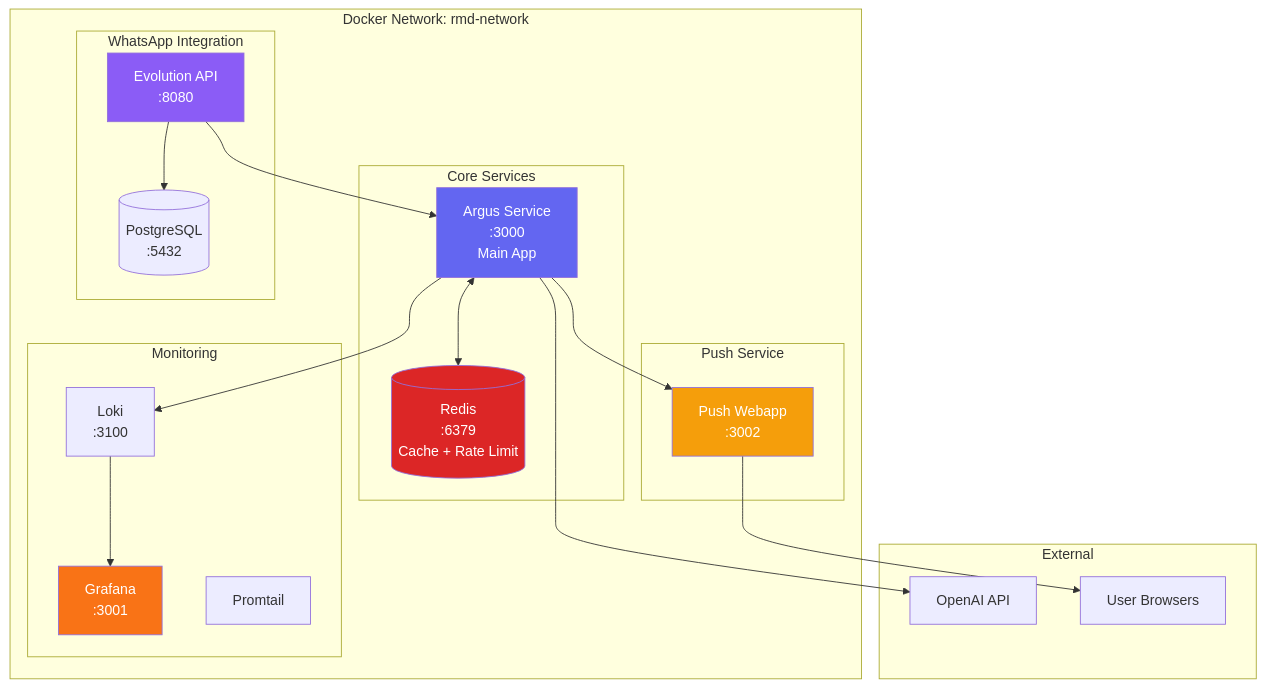
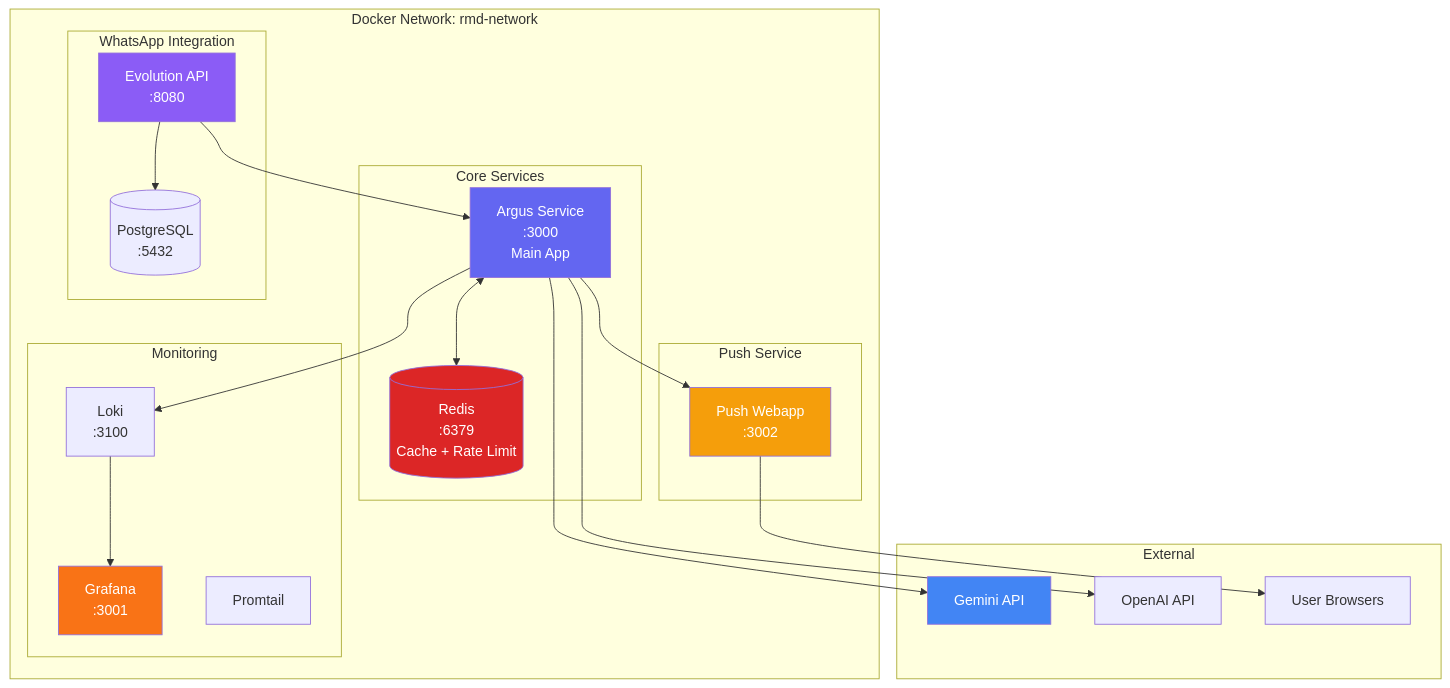
One commit to nityam2007/whatsapp-chat-rmd changed the eighth of 10 diagrams in docs/ARCHITECTURE.md. Above: the diagram before and after it, drawn with Mermaid. The commit also changed other lines of this file and 3 other files, not shown here.

Commit message:
docs: update architecture docs to reflect Gemini 3 Flash upgrade

````diff
--- a/docs/ARCHITECTURE.md
+++ b/docs/ARCHITECTURE.md
@@ -518,44 +522,47 @@
 ```mermaid
 graph TB
     subgraph "Docker Network: rmd-network"
         subgraph "Core Services"
             ARGUS[Argus Service<br/>:3000<br/>Main App]
             REDIS[(Redis<br/>:6379<br/>Cache + Rate Limit)]
         end
 
         subgraph "WhatsApp Integration"
             EVO[Evolution API<br/>:8080]
             PG[(PostgreSQL<br/>:5432)]
         end
 
         subgraph "Monitoring"
             GRAFANA[Grafana<br/>:3001]
             LOKI[Loki<br/>:3100]
             PROMTAIL[Promtail]
         end
 
         subgraph "Push Service"
             PUSH[Push Webapp<br/>:3002]
         end
     end
 
     subgraph "External"
+        GEMINI[Gemini API]
         OPENAI[OpenAI API]
         BROWSERS[User Browsers]
     end
 
     EVO --> ARGUS
     ARGUS <--> REDIS
+    ARGUS --> GEMINI
     ARGUS --> OPENAI
     ARGUS --> LOKI
     LOKI --> GRAFANA
     ARGUS --> PUSH
     PUSH --> BROWSERS
     EVO --> PG
 
     style ARGUS fill:#6366f1,color:#fff
     style REDIS fill:#dc2626,color:#fff
     style EVO fill:#8b5cf6,color:#fff
     style PUSH fill:#f59e0b,color:#fff
     style GRAFANA fill:#f97316,color:#fff
+    style GEMINI fill:#4285f4,color:#fff
 ```
````
